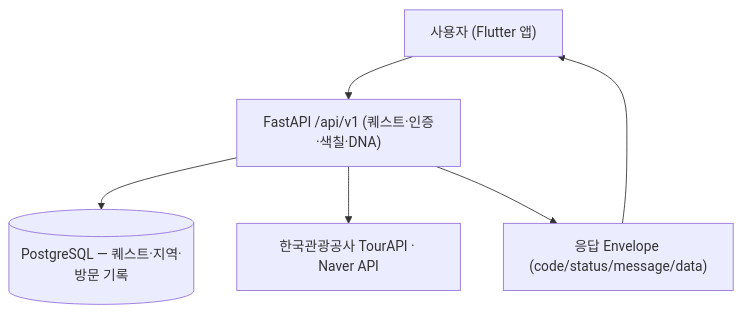
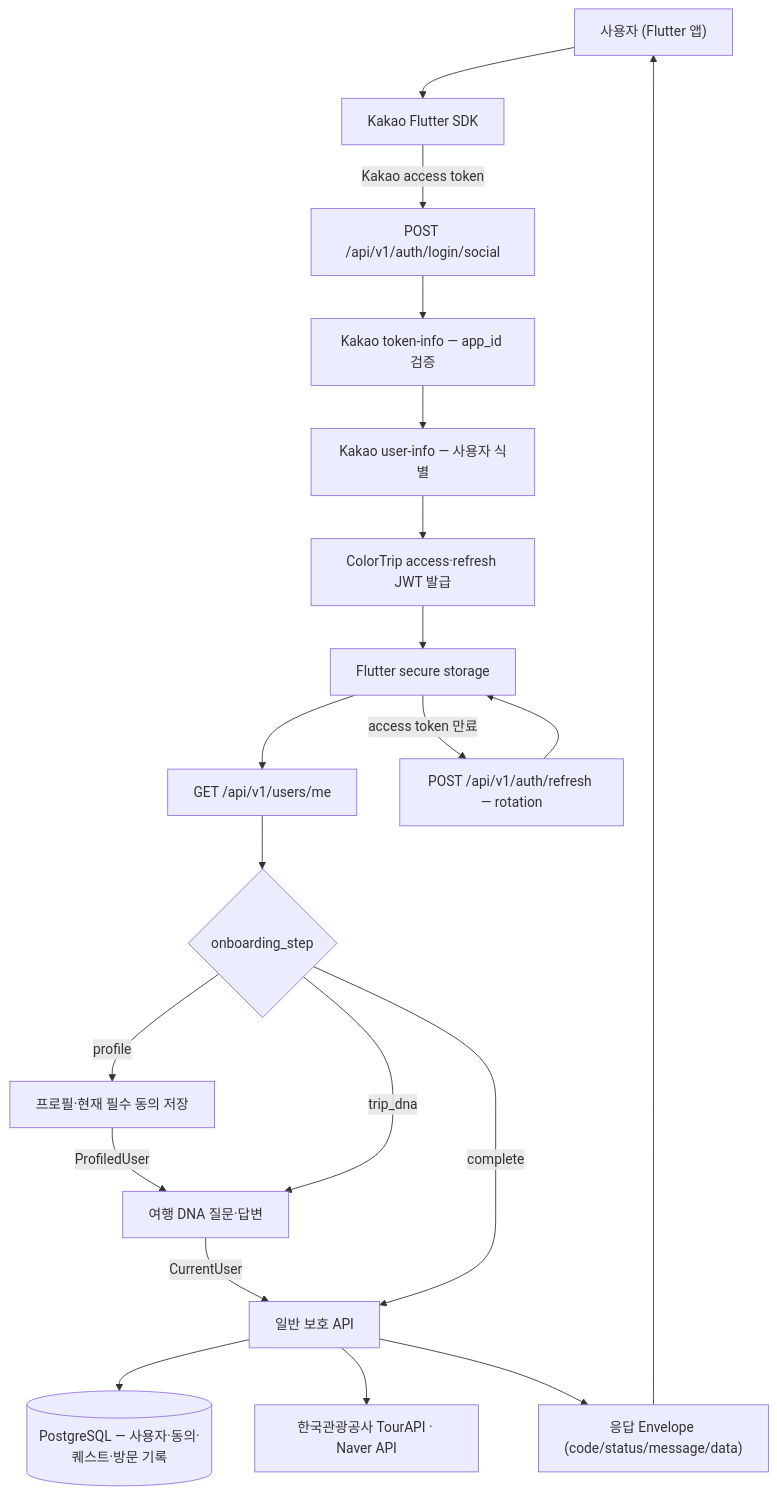
The diagram in README.md (Rainbow-Developer/ColorTrip), drawn with Mermaid before and after one commit. The commit also changed other lines of this file and 16 other files, not shown here.

````diff
--- a/README.md
+++ b/README.md
@@ -147,8 +162,22 @@
 ```mermaid
 flowchart TD
-    A["사용자 (Flutter 앱)"] --> B["FastAPI /api/v1 (퀘스트·인증·색칠·DNA)"]
-    B --> C[("PostgreSQL — 퀘스트·지역·방문 기록")]
-    B --> D["한국관광공사 TourAPI · Naver API"]
+    A["사용자 (Flutter 앱)"] --> K["Kakao Flutter SDK"]
+    K -->|Kakao access token| L["POST /api/v1/auth/login/social"]
+    L --> T["Kakao token-info — app_id 검증"]
+    T --> U["Kakao user-info — 사용자 식별"]
+    U --> J["ColorTrip access·refresh JWT 발급"]
+    J --> S["Flutter secure storage"]
+    S --> M["GET /api/v1/users/me"]
+    M --> O{"onboarding_step"}
+    O -->|profile| P["프로필·현재 필수 동의 저장"]
+    P -->|ProfiledUser| D["여행 DNA 질문·답변"]
+    O -->|trip_dna| D
+    D -->|CurrentUser| B["일반 보호 API"]
+    O -->|complete| B
+    B --> C[("PostgreSQL — 사용자·동의·퀘스트·방문 기록")]
+    B --> X["한국관광공사 TourAPI · Naver API"]
     B --> E["응답 Envelope (code/status/message/data)"]
     E --> A
+    S -->|access token 만료| R["POST /api/v1/auth/refresh — rotation"]
+    R --> S
 ```
````
